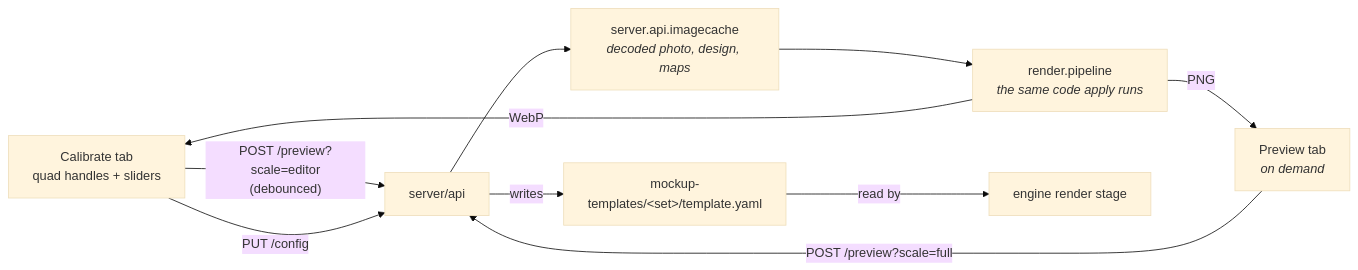
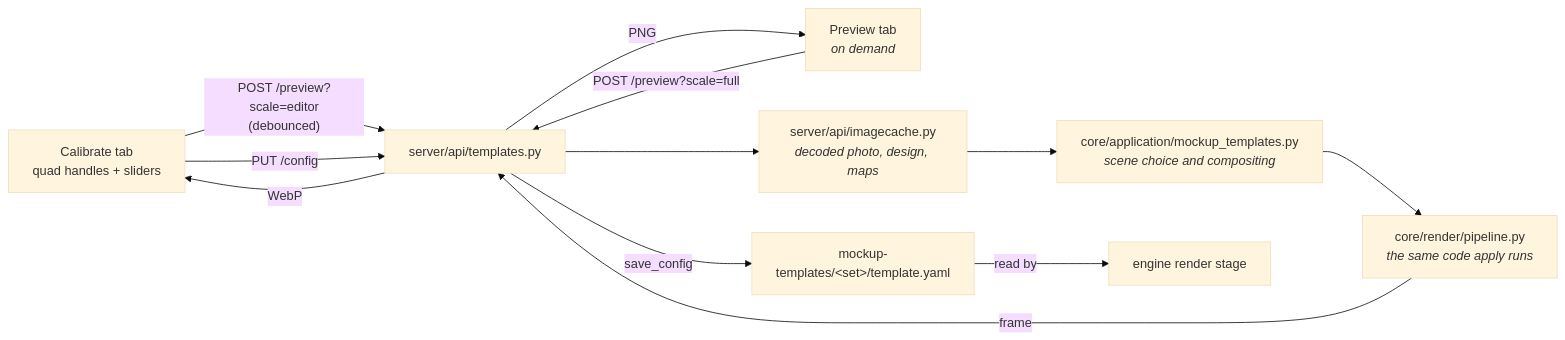
Before and after one commit to eli-jordan/etsy-listing-automation: the fifth of 5 diagrams in docs/architecture.md, drawn with Mermaid (base theme). The commit also changed other lines of this file, not shown here.

First line of the commit message:
docs(architecture): describe the implemented core, server and cli tree

````diff
--- a/docs/architecture.md
+++ b/docs/architecture.md
@@ -241,12 +259,14 @@
 ```mermaid
 graph LR
-    Canvas["Calibrate tab<br/>quad handles + sliders"] -->|"POST /preview?scale=editor<br/>(debounced)"| API["server/api"]
+    Canvas["Calibrate tab<br/>quad handles + sliders"] -->|"POST /preview?scale=editor<br/>(debounced)"| API["server/api/templates.py"]
     Tab["Preview tab<br/><i>on demand</i>"] -->|"POST /preview?scale=full"| API
-    API --> Cache["server.api.imagecache<br/><i>decoded photo, design, maps</i>"]
-    Cache --> RenderPipe["render.pipeline<br/><i>the same code apply runs</i>"]
-    RenderPipe -->|WebP| Canvas
-    RenderPipe -->|PNG| Tab
+    API --> Cache["server/api/imagecache.py<br/><i>decoded photo, design, maps</i>"]
+    Cache --> Op["core/application/mockup_templates.py<br/><i>scene choice and compositing</i>"]
+    Op --> RenderPipe["core/render/pipeline.py<br/><i>the same code apply runs</i>"]
+    RenderPipe -->|"frame"| API
+    API -->|WebP| Canvas
+    API -->|PNG| Tab
     Canvas -->|"PUT /config"| API
-    API -->|writes| Yaml["mockup-templates/&lt;set&gt;/template.yaml"]
+    API -->|"save_config"| Yaml["mockup-templates/&lt;set&gt;/template.yaml"]
     Yaml -->|read by| Stage["engine render stage"]
 ```
````
